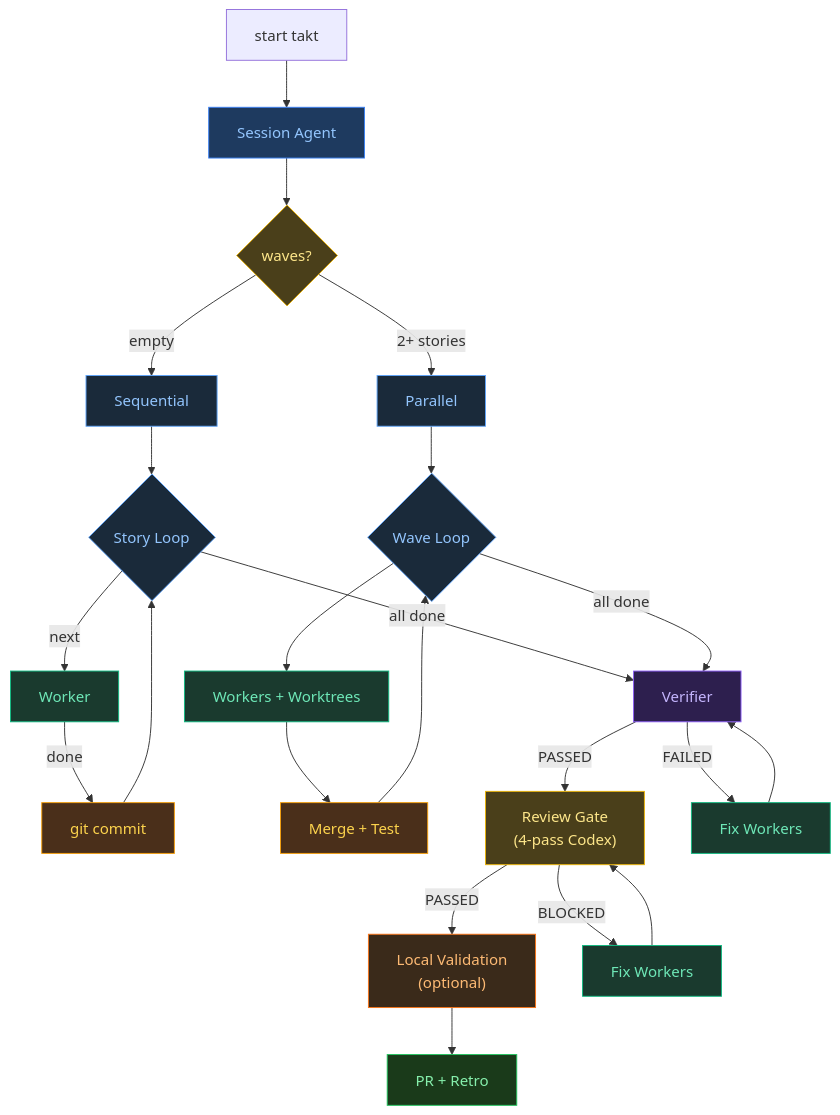
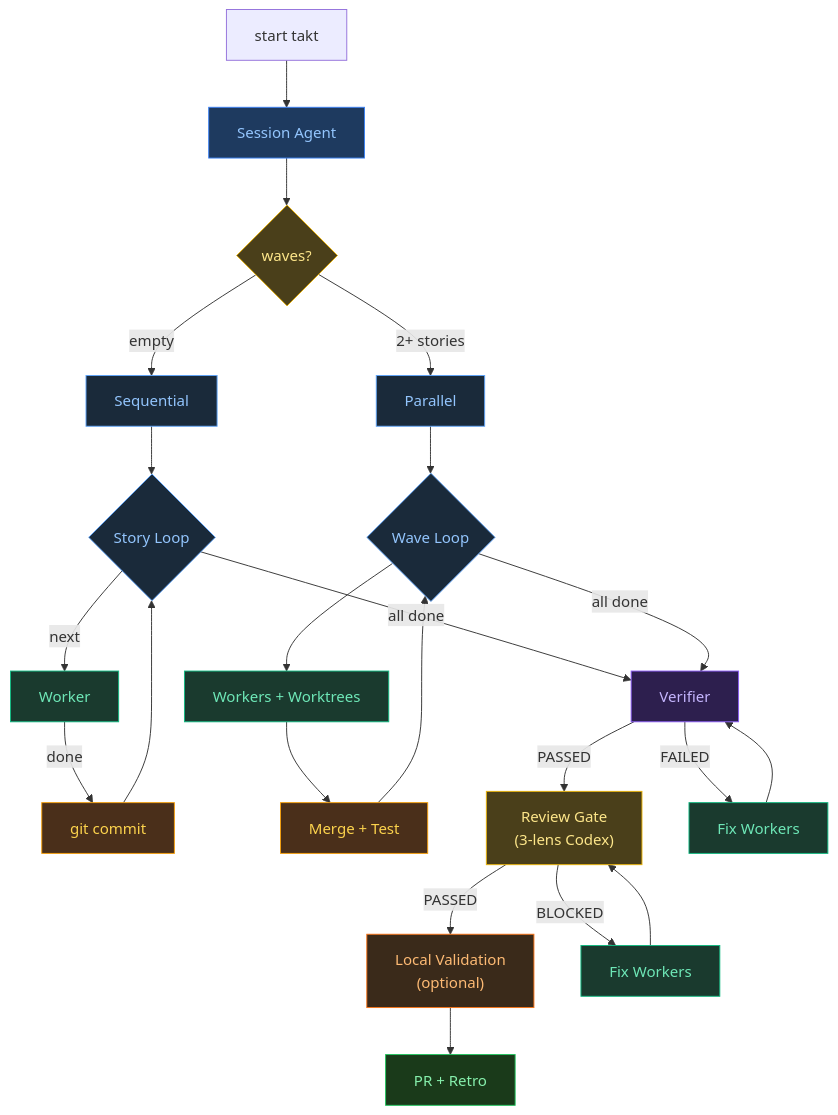
Before and after one commit to Sebstrdigital/takt: the third of 3 diagrams in README.md, drawn with Mermaid. The commit also changed other lines of this file and 2 other files, not shown here.

Commit message:
feat: US-001 - Final gate reviews with the three shared lenses

````diff
--- a/README.md
+++ b/README.md
@@ -120,41 +120,41 @@
 ```mermaid
 graph TD
     U["start takt"] --> S["Session Agent"]
     S --> D{"waves?"}
     D -- "empty" --> SQ["Sequential"]
     D -- "2+ stories" --> PL["Parallel"]
     SQ --> L{"Story Loop"}
     PL --> WL{"Wave Loop"}
     L -- "next" --> W["Worker"]
     W -- "done" --> GC["git commit"]
     GC --> L
     WL --> WK["Workers + Worktrees"]
     WK --> MG["Merge + Test"]
     MG --> WL
     L -- "all done" --> SV["Verifier"]
     WL -- "all done" --> SV
-    SV -- "PASSED" --> CR["Review Gate\n(4-pass Codex)"]
+    SV -- "PASSED" --> CR["Review Gate\n(3-lens Codex)"]
     SV -- "FAILED" --> FW["Fix Workers"]
     FW --> SV
     CR -- "PASSED" --> LV["Local Validation\n(optional)"]
     CR -- "BLOCKED" --> FW2["Fix Workers"]
     FW2 --> CR
     LV --> PR["PR + Retro"]
 
     style S fill:#1e3a5f,stroke:#3b82f6,color:#93c5fd
     style D fill:#4a3f1a,stroke:#eab308,color:#fde68a
     style SQ fill:#1a2a3a,stroke:#60a5fa,color:#93c5fd
     style PL fill:#1a2a3a,stroke:#60a5fa,color:#93c5fd
     style W fill:#1a3a2e,stroke:#10b981,color:#6ee7b7
     style WK fill:#1a3a2e,stroke:#10b981,color:#6ee7b7
     style FW fill:#1a3a2e,stroke:#10b981,color:#6ee7b7
     style GC fill:#4a2f1a,stroke:#f59e0b,color:#fcd34d
     style MG fill:#4a2f1a,stroke:#f59e0b,color:#fcd34d
     style SV fill:#2d1f4e,stroke:#8b5cf6,color:#c4b5fd
     style CR fill:#4a3f1a,stroke:#eab308,color:#fde68a
     style LV fill:#3a2a1a,stroke:#f97316,color:#fdba74
     style FW2 fill:#1a3a2e,stroke:#10b981,color:#6ee7b7
     style PR fill:#1a3a1a,stroke:#22c55e,color:#86efac
     style L fill:#1a2a3a,stroke:#60a5fa,color:#93c5fd
     style WL fill:#1a2a3a,stroke:#60a5fa,color:#93c5fd
 ```
````
